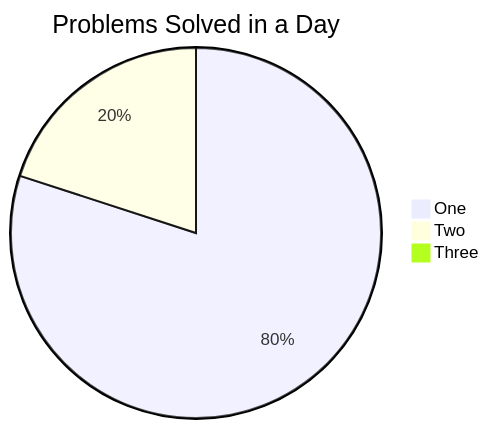
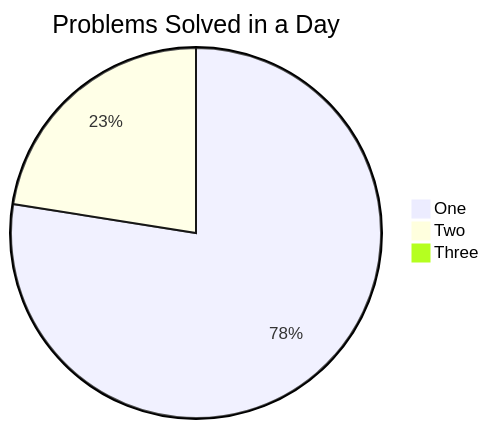
Before and after one commit to Jasjeet-Singh-S/100-days-DSA: the second of 2 diagrams in readme.md, drawn with Mermaid. The commit also changed other lines of this file and 1 other file, not shown here.

````diff
--- a/readme.md
+++ b/readme.md
@@ -25,6 +25,6 @@
 ```mermaid
 pie title Problems Solved in a Day
-    "One" : 32
-    "Two" : 8
+    "One" : 31
+    "Two" : 9
     "Three" : 0
 ```
````
